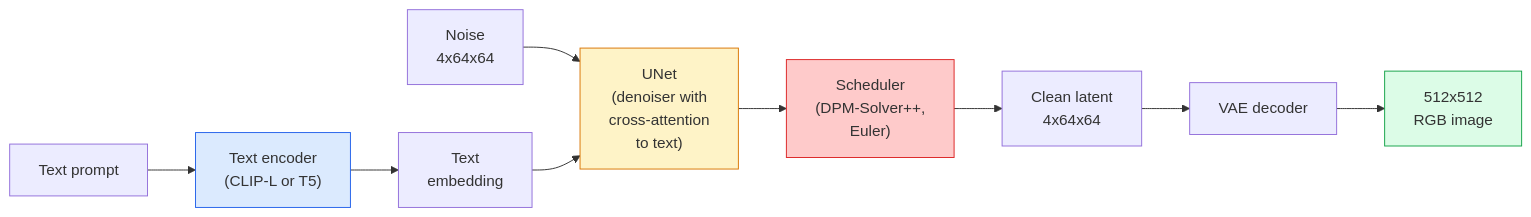
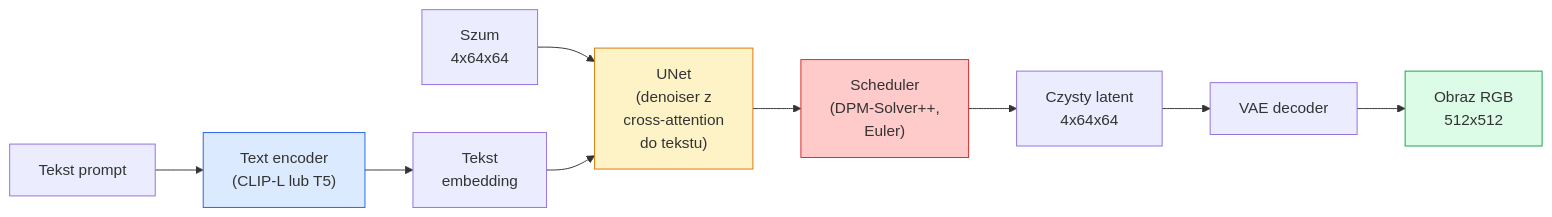
One commit to hublorx/ai-engineering-from-scratch changed the diagram in phases/04-computer-vision/11-stable-diffusion/docs/en.md. Above: the diagram before and after it, drawn with Mermaid. The commit also changed other lines of this file and 27 other files, not shown here.

````diff
--- a/phases/04-computer-vision/11-stable-diffusion/docs/en.md
+++ b/phases/04-computer-vision/11-stable-diffusion/docs/en.md
@@ -29,18 +29,18 @@
 ```mermaid
 flowchart LR
-    TXT["Text prompt"] --> TE["Text encoder<br/>(CLIP-L or T5)"]
-    TE --> CT["Text<br/>embedding"]
+    TXT["Tekst prompt"] --> TE["Text encoder<br/>(CLIP-L lub T5)"]
+    TE --> CT["Tekst<br/>embedding"]
 
-    NOISE["Noise<br/>4x64x64"] --> UNET["UNet<br/>(denoiser with<br/>cross-attention<br/>to text)"]
+    NOISE["Szum<br/>4x64x64"] --> UNET["UNet<br/>(denoiser z<br/>cross-attention<br/>do tekstu)"]
     CT --> UNET
 
     UNET --> SCHED["Scheduler<br/>(DPM-Solver++,<br/>Euler)"]
-    SCHED --> LATENT["Clean latent<br/>4x64x64"]
+    SCHED --> LATENT["Czysty latent<br/>4x64x64"]
     LATENT --> VAE["VAE decoder"]
-    VAE --> IMG["512x512<br/>RGB image"]
+    VAE --> IMG["Obraz RGB<br/>512x512"]
 
     style TE fill:#dbeafe,stroke:#2563eb
     style UNET fill:#fef3c7,stroke:#d97706
     style SCHED fill:#fecaca,stroke:#dc2626
     style IMG fill:#dcfce7,stroke:#16a34a
 ```
````
